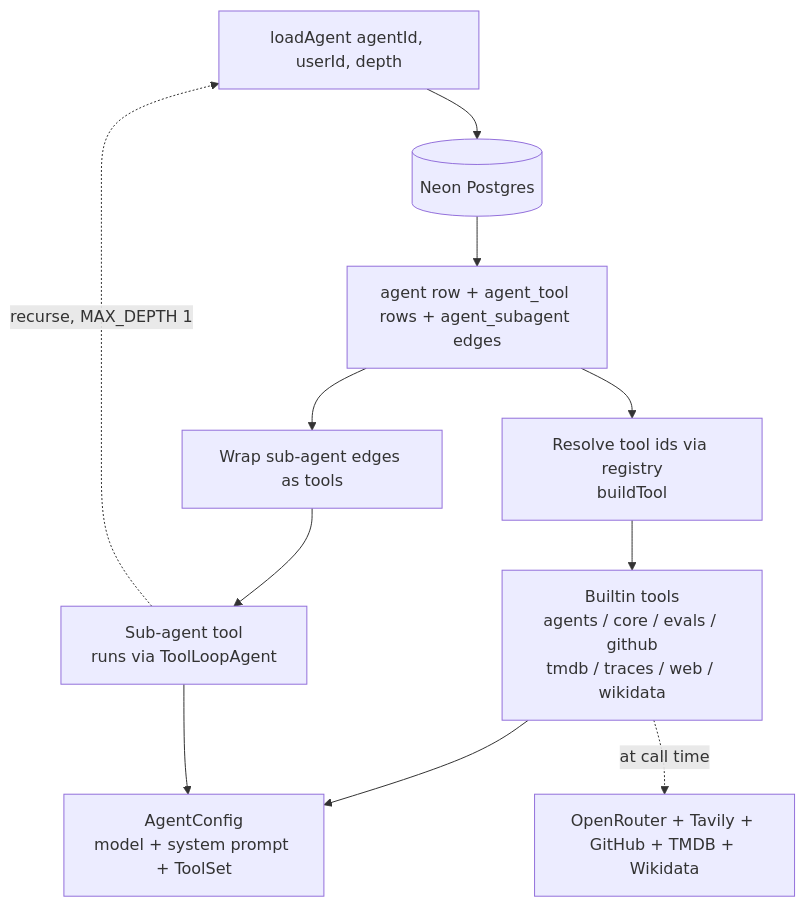
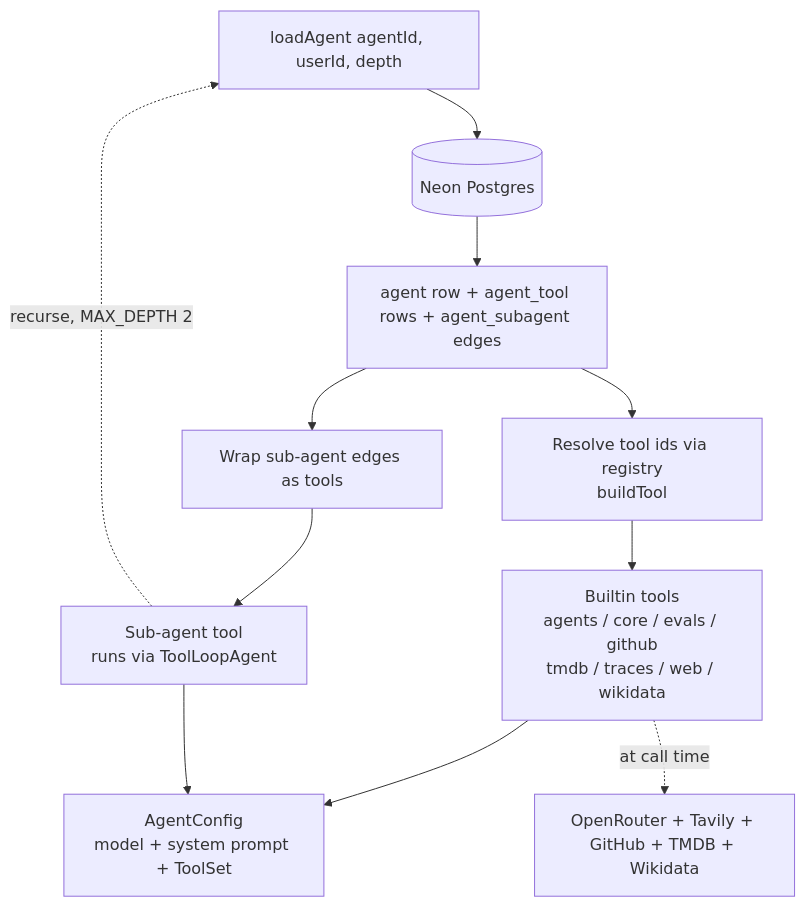
One commit to jimmy-guzman/comal.dev changed the third of 5 diagrams in README.md. Above: the diagram before and after it, drawn with Mermaid. The commit also changed other lines of this file and 6 other files, not shown here.

First line of the commit message:
feat(agents): ✨ lift sub-agent depth to 2 (#154)

````diff
--- a/README.md
+++ b/README.md
@@ -66,16 +66,16 @@
 ```mermaid
 flowchart TB
   loadAgent[loadAgent agentId, userId, depth] --> DB[(Neon Postgres)]
   DB --> Parts[agent row + agent_tool rows + agent_subagent edges]
 
   Parts --> ToolStep[Resolve tool ids via registry<br/>buildTool]
   Parts --> SubStep[Wrap sub-agent edges as tools]
 
   ToolStep --> Builtin[Builtin tools<br/>agents / core / evals / github<br/>tmdb / traces / web / wikidata]
   SubStep --> SubAgent[Sub-agent tool<br/>runs via ToolLoopAgent]
-  SubAgent -.->|recurse, MAX_DEPTH 1| loadAgent
+  SubAgent -.->|recurse, MAX_DEPTH 2| loadAgent
 
   Builtin --> Config[AgentConfig<br/>model + system prompt + ToolSet]
   SubAgent --> Config
   Builtin -.->|at call time| Ext[OpenRouter + Tavily + GitHub + TMDB + Wikidata]
 ```
````
